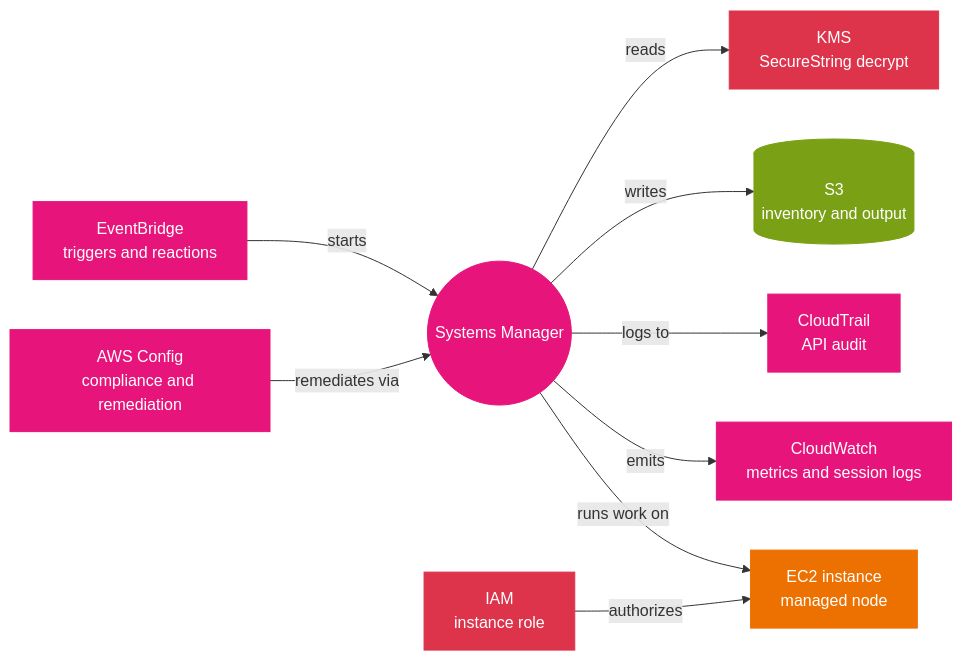
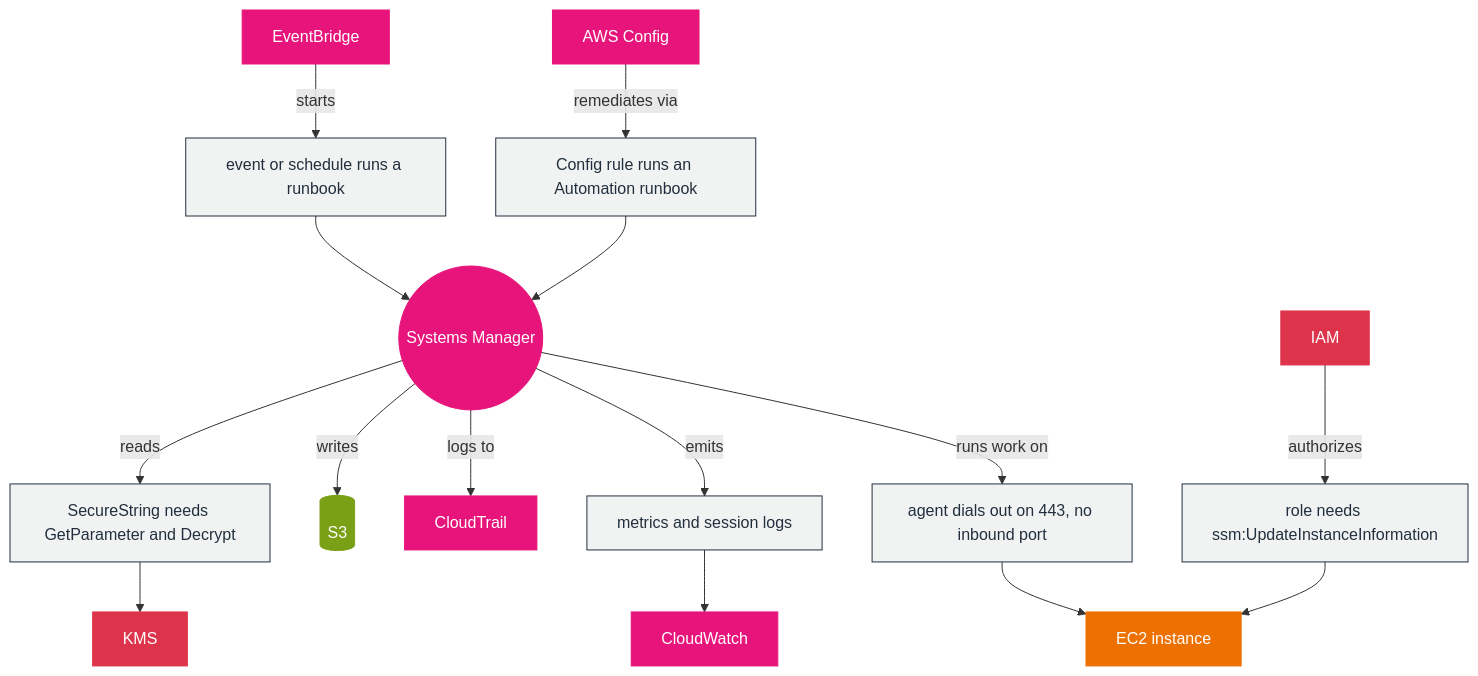
The diagram in 02-services/10-management-governance/15-systems-manager/README.md (GabrielAlmeidaFlores/AWS-CloudOps-Engineer-Associate-Doc), drawn with Mermaid before and after one commit. The commit also changed other lines of this file and 3 other files, not shown here.

Commit message:
:zap: update: mind map

````diff
--- a/02-services/10-management-governance/15-systems-manager/README.md
+++ b/02-services/10-management-governance/15-systems-manager/README.md
@@ -36,29 +36,30 @@
 ```mermaid
-flowchart LR
+flowchart TD
     SSM(("Systems Manager"))
-    EC2["EC2 instance<br/>managed node"]
-    IAM["IAM<br/>instance role"]
-    CW["CloudWatch<br/>metrics and session logs"]
-    CT["CloudTrail<br/>API audit"]
-    CFG["AWS Config<br/>compliance and remediation"]
-    EB["EventBridge<br/>triggers and reactions"]
-    S3[("S3<br/>inventory and output")]
-    KMS["KMS<br/>SecureString decrypt"]
-    SSM -->|"runs work on"| EC2
-    IAM -->|"authorizes"| EC2
-    SSM -->|"emits"| CW
+    EC2["EC2 instance"]
+    IAM["IAM"]
+    CW["CloudWatch"]
+    CT["CloudTrail"]
+    CFG["AWS Config"]
+    EB["EventBridge"]
+    S3[("S3")]
+    KMS["KMS"]
+    SSM -->|"runs work on"| N1["agent dials out on 443, no inbound port"]:::note --> EC2
+    IAM -->|"authorizes"| N2["role needs ssm:UpdateInstanceInformation"]:::note --> EC2
+    SSM -->|"emits"| N3["metrics and session logs"]:::note --> CW
     SSM -->|"logs to"| CT
-    CFG -->|"remediates via"| SSM
-    EB -->|"starts"| SSM
+    CFG -->|"remediates via"| N4["Config rule runs an Automation runbook"]:::note --> SSM
+    EB -->|"starts"| N5["event or schedule runs a runbook"]:::note --> SSM
     SSM -->|"writes"| S3
-    SSM -->|"reads"| KMS
+    SSM -->|"reads"| N6["SecureString needs GetParameter and Decrypt"]:::note --> KMS
     classDef mgmt fill:#E7157B,stroke:#E7157B,color:#ffffff
     classDef compute fill:#ED7100,stroke:#ED7100,color:#ffffff
     classDef storage fill:#7AA116,stroke:#7AA116,color:#ffffff
     classDef security fill:#DD344C,stroke:#DD344C,color:#ffffff
     classDef actor fill:#232F3E,stroke:#232F3E,color:#ffffff
+    classDef note fill:#F1F3F3,stroke:#232F3E,color:#232F3E
     class SSM,CFG,EB,CW,CT mgmt
     class EC2 compute
     class S3 storage
     class IAM,KMS security
 ```
````
